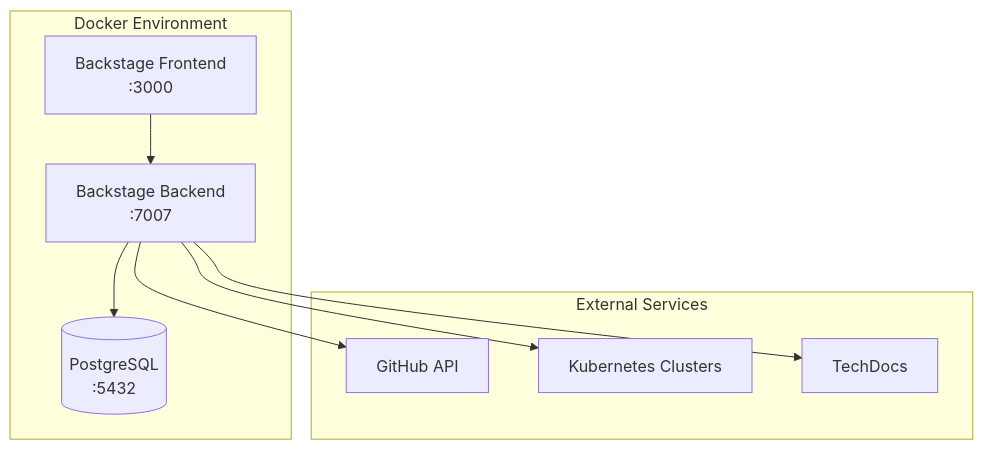
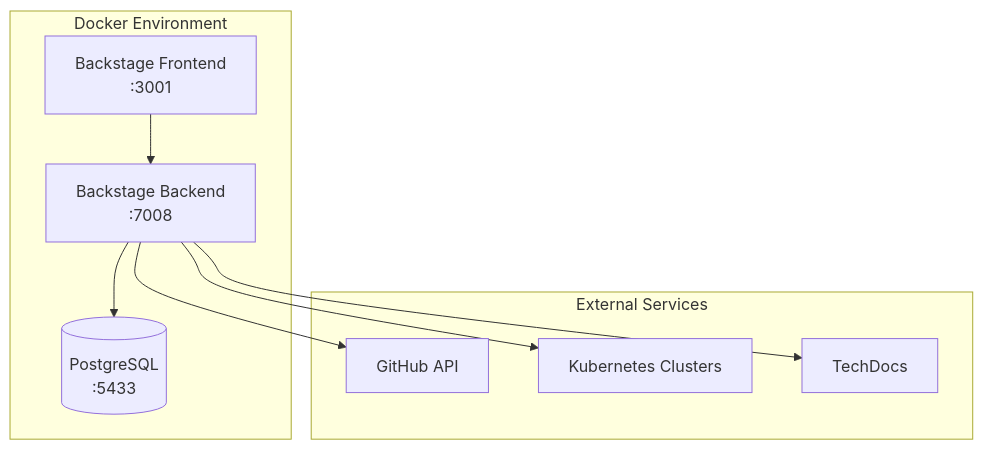
The diagram in docs/course/index.md (Portfolio-jaime/backstage-app-devc), drawn with Mermaid before and after one commit. The commit also changed other lines of this file and 25 other files, not shown here.

````diff
--- a/docs/course/index.md
+++ b/docs/course/index.md
@@ -58,20 +58,20 @@
 ```mermaid
 graph TB
-    UI[Backstage Frontend<br/>:3000] --> API[Backstage Backend<br/>:7007]
-    API --> DB[(PostgreSQL<br/>:5432)]
+    UI[Backstage Frontend<br/>:3001] --> API[Backstage Backend<br/>:7008]
+    API --> DB[(PostgreSQL<br/>:5433)]
     API --> GH[GitHub API]
     API --> K8S[Kubernetes Clusters]
     API --> DOCS[TechDocs]
     
     subgraph "Docker Environment"
         UI
         API  
         DB
     end
     
     subgraph "External Services"
         GH
         K8S
         DOCS
     end
 ```
````
